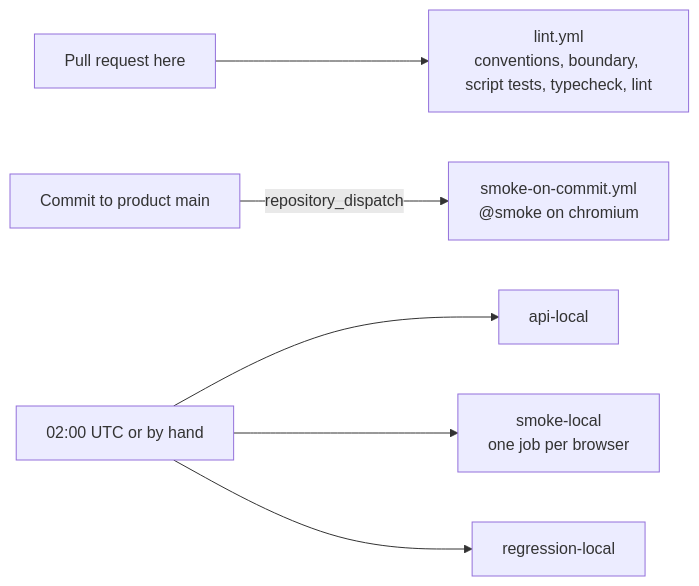
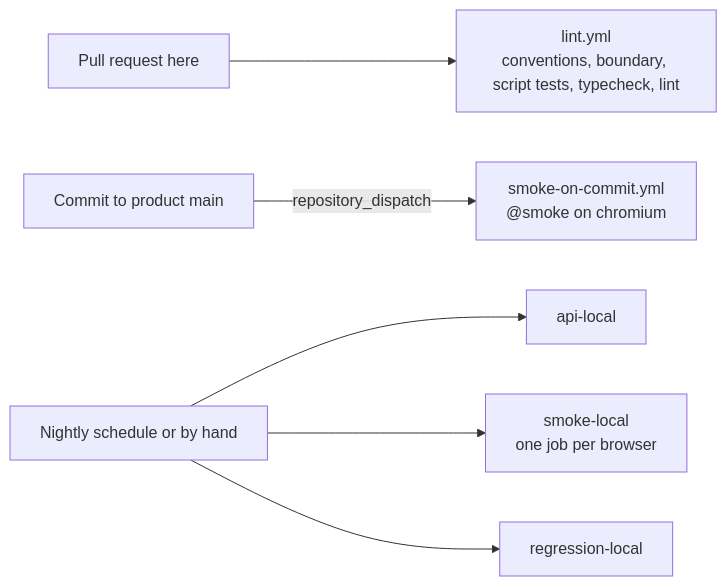
One commit to AndreyPilipchenko/sample-playwright-framework changed the second of 2 diagrams in README.md. Above: the diagram before and after it, drawn with Mermaid. The commit also changed other lines of this file and 9 other files, not shown here.

````diff
--- a/README.md
+++ b/README.md
@@ -103,8 +103,8 @@
 ```mermaid
 flowchart LR
     pr["Pull request here"] --> lint["lint.yml<br/>conventions, boundary, script tests, typecheck, lint"]
     push["Commit to product main"] -->|repository_dispatch| commit["smoke-on-commit.yml<br/>@smoke on chromium"]
-    nightly["02:00 UTC or by hand"] --> api["api-local"]
+    nightly["Nightly schedule or by hand"] --> api["api-local"]
     nightly --> smoke["smoke-local<br/>one job per browser"]
     nightly --> regression["regression-local"]
 ```
````
